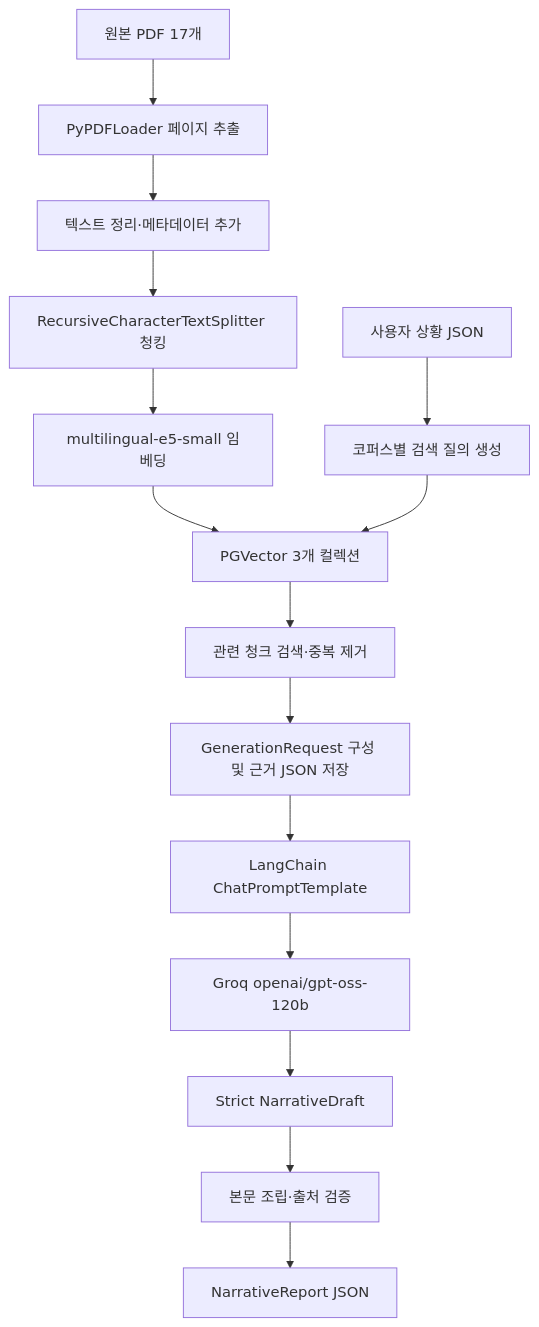
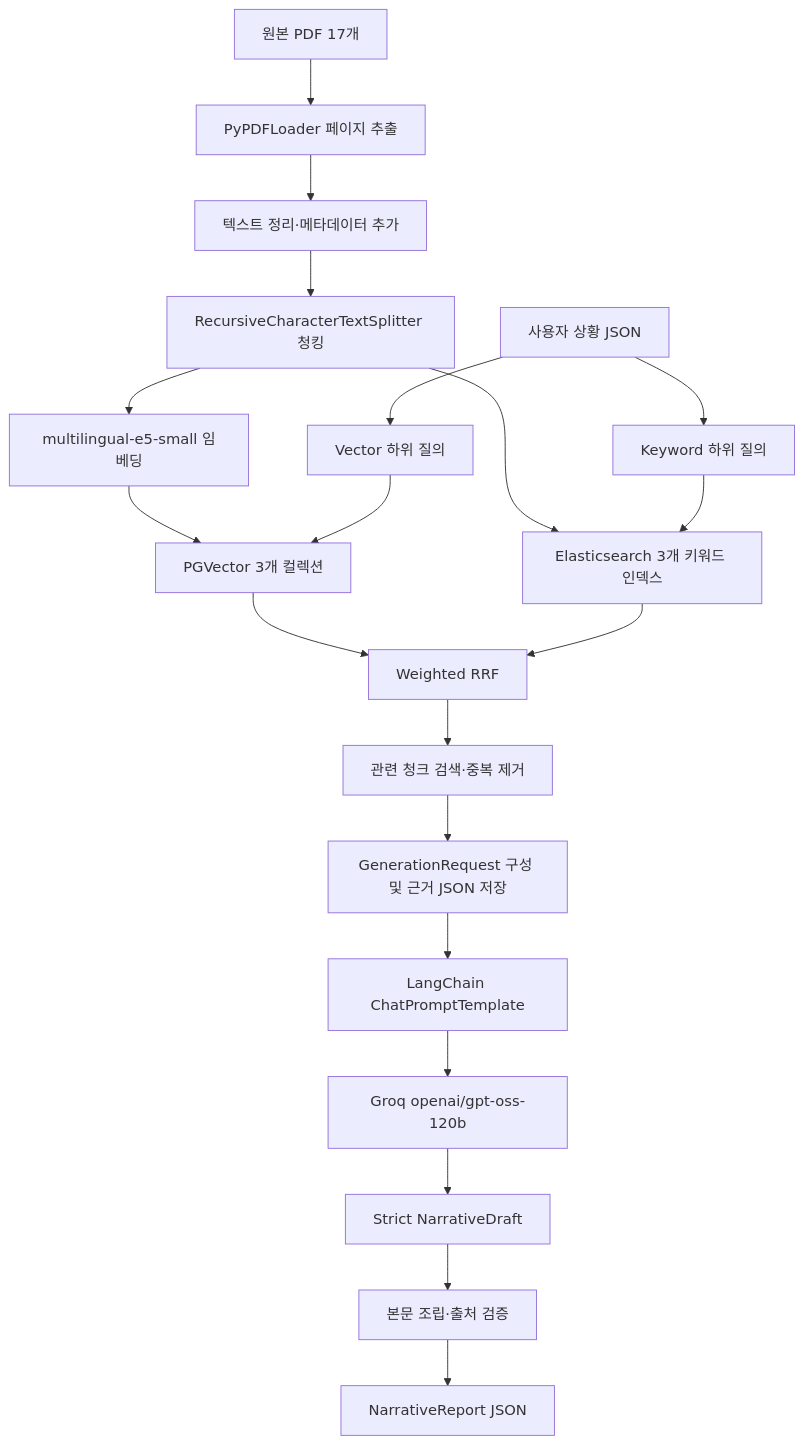
The diagram in docs/IMPLEMENTATION_OVERVIEW.md (hjoo10200/RAG-personal-project), drawn with Mermaid before and after one commit. The commit also changed other lines of this file and 14 other files, not shown here.

````diff
--- a/docs/IMPLEMENTATION_OVERVIEW.md
+++ b/docs/IMPLEMENTATION_OVERVIEW.md
@@ -29,18 +30,23 @@
 ```mermaid
 flowchart TD
     A["원본 PDF 17개"] --> B["PyPDFLoader 페이지 추출"]
     B --> C["텍스트 정리·메타데이터 추가"]
     C --> D["RecursiveCharacterTextSplitter 청킹"]
     D --> E["multilingual-e5-small 임베딩"]
     E --> F["PGVector 3개 컬렉션"]
+    D --> K["Elasticsearch 3개 키워드 인덱스"]
 
-    U["사용자 상황 JSON"] --> Q["코퍼스별 검색 질의 생성"]
-    Q --> F
-    F --> R["관련 청크 검색·중복 제거"]
+    U["사용자 상황 JSON"] --> VQ["Vector 하위 질의"]
+    U --> KQ["Keyword 하위 질의"]
+    VQ --> F
+    KQ --> K
+    F --> H["Weighted RRF"]
+    K --> H
+    H --> R["관련 청크 검색·중복 제거"]
     R --> J["GenerationRequest 구성 및 근거 JSON 저장"]
     J --> P["LangChain ChatPromptTemplate"]
     P --> L["Groq openai/gpt-oss-120b"]
     L --> S["Strict NarrativeDraft"]
     S --> V["본문 조립·출처 검증"]
     V --> O["NarrativeReport JSON"]
 ```
````
